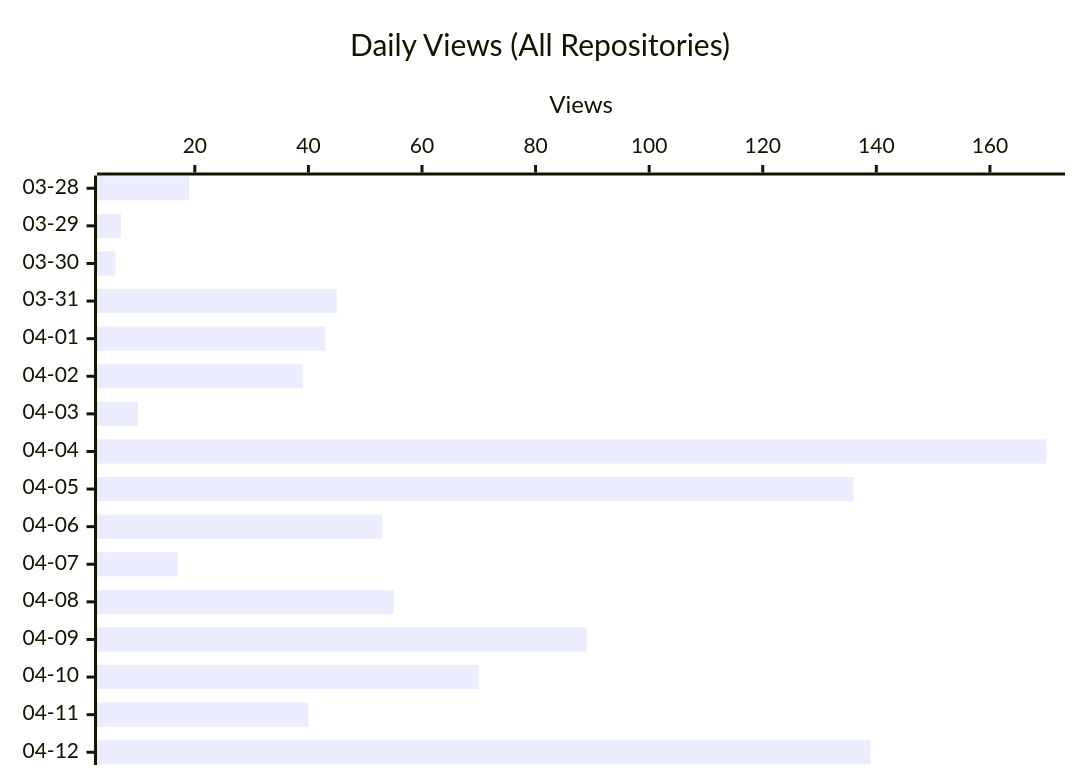
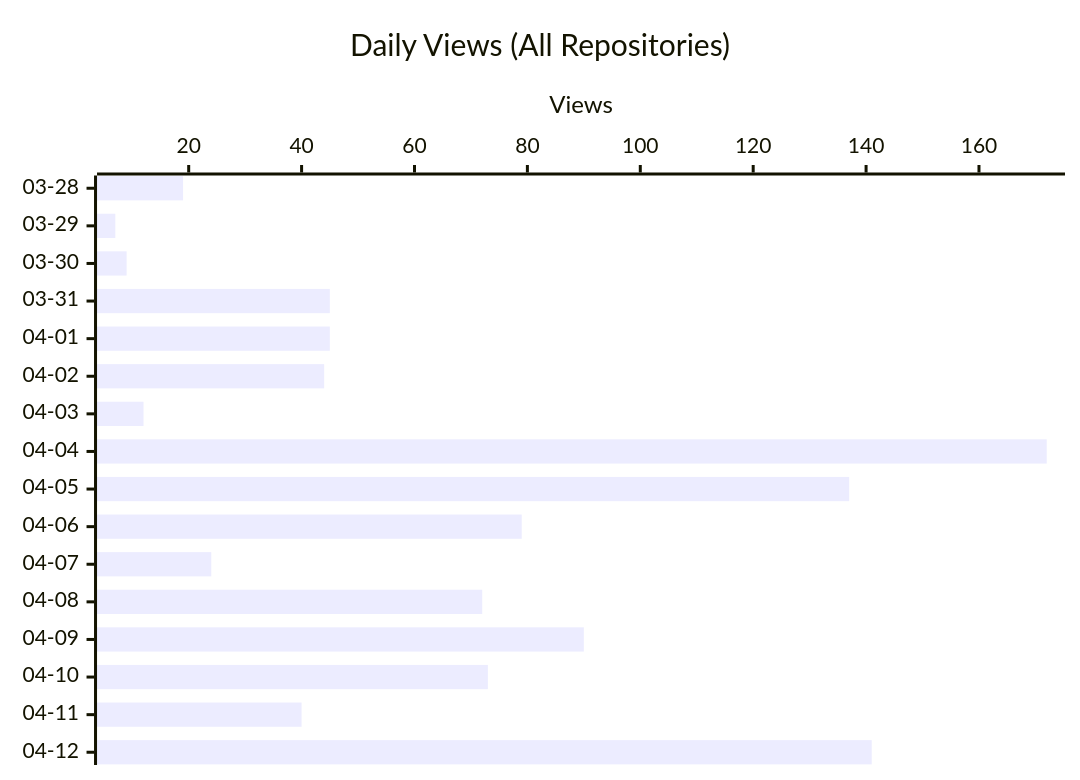
One commit to shigechika/github-insights changed the second of 3 diagrams in README.md. Above: the diagram before and after it, drawn with Mermaid. The commit also changed other lines of this file and 1 other file, not shown here.

````diff
--- a/README.md
+++ b/README.md
@@ -42,7 +42,7 @@
 ```mermaid
 xychart-beta horizontal
     title "Daily Views (All Repositories)"
     x-axis ["03-28", "03-29", "03-30", "03-31", "04-01", "04-02", "04-03", "04-04", "04-05", "04-06", "04-07", "04-08", "04-09", "04-10", "04-11", "04-12"]
     y-axis "Views"
-    bar [19, 7, 6, 45, 43, 39, 10, 170, 136, 53, 17, 55, 89, 70, 40, 139]
+    bar [19, 7, 9, 45, 45, 44, 12, 172, 137, 79, 24, 72, 90, 73, 40, 141]
 ```
````
